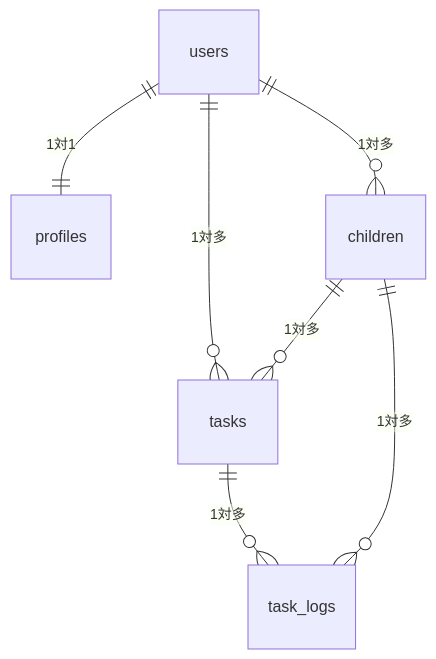
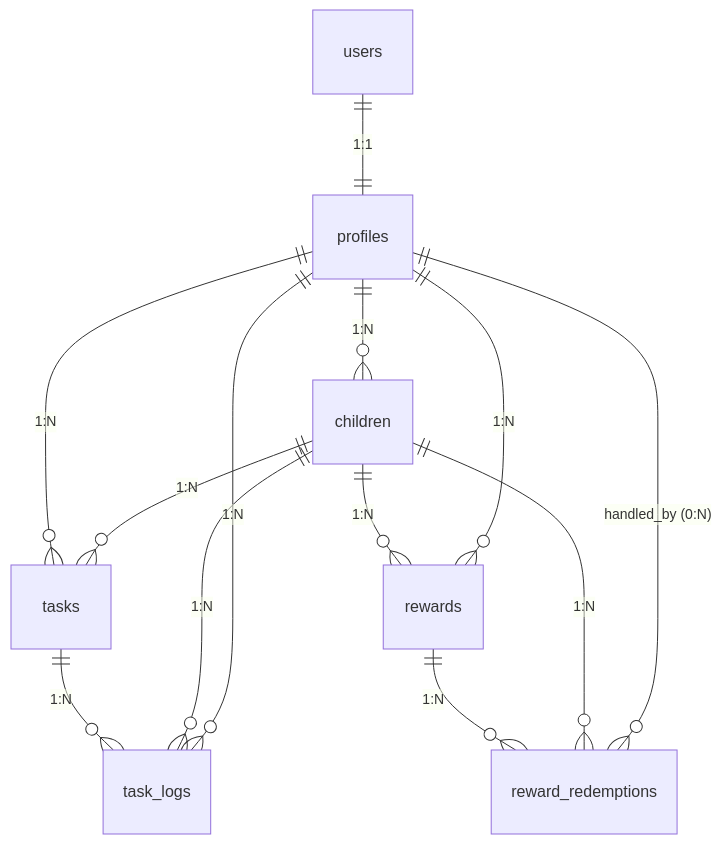
The diagram in README.md (1080tomoyo/oyako-todo), drawn with Mermaid before and after one commit. The commit also changed other lines of this file, not shown here.

````diff
--- a/README.md
+++ b/README.md
@@ -8,9 +111,18 @@
 ```mermaid
 erDiagram
-    users ||--|| profiles : "1対1"
-    users ||--o{ children : "1対多"
-    users ||--o{ tasks : "1対多"
-    children ||--o{ tasks : "1対多"
-    tasks ||--o{ task_logs : "1対多"
-    children ||--o{ task_logs : "1対多"
+  users ||--|| profiles : "1:1"
+  profiles ||--o{ children : "1:N"
+  profiles ||--o{ tasks : "1:N"
+  children ||--o{ tasks : "1:N"
+
+  children ||--o{ rewards : "1:N"
+  rewards ||--o{ reward_redemptions : "1:N"
+  children ||--o{ reward_redemptions : "1:N"
+
+  tasks ||--o{ task_logs : "1:N"
+  children ||--o{ task_logs : "1:N"
+  profiles ||--o{ task_logs : "1:N"
+
+  profiles ||--o{ rewards : "1:N"
+  profiles ||--o{ reward_redemptions : "handled_by (0:N)"
 ```
````
